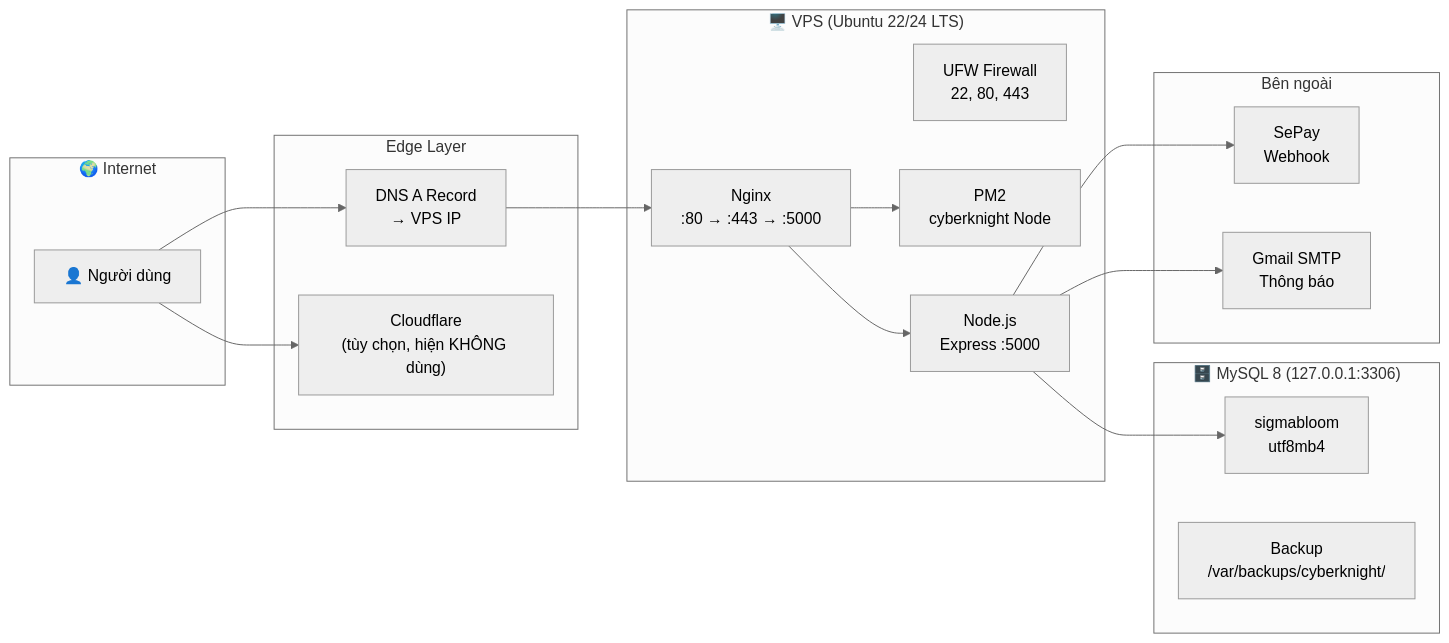
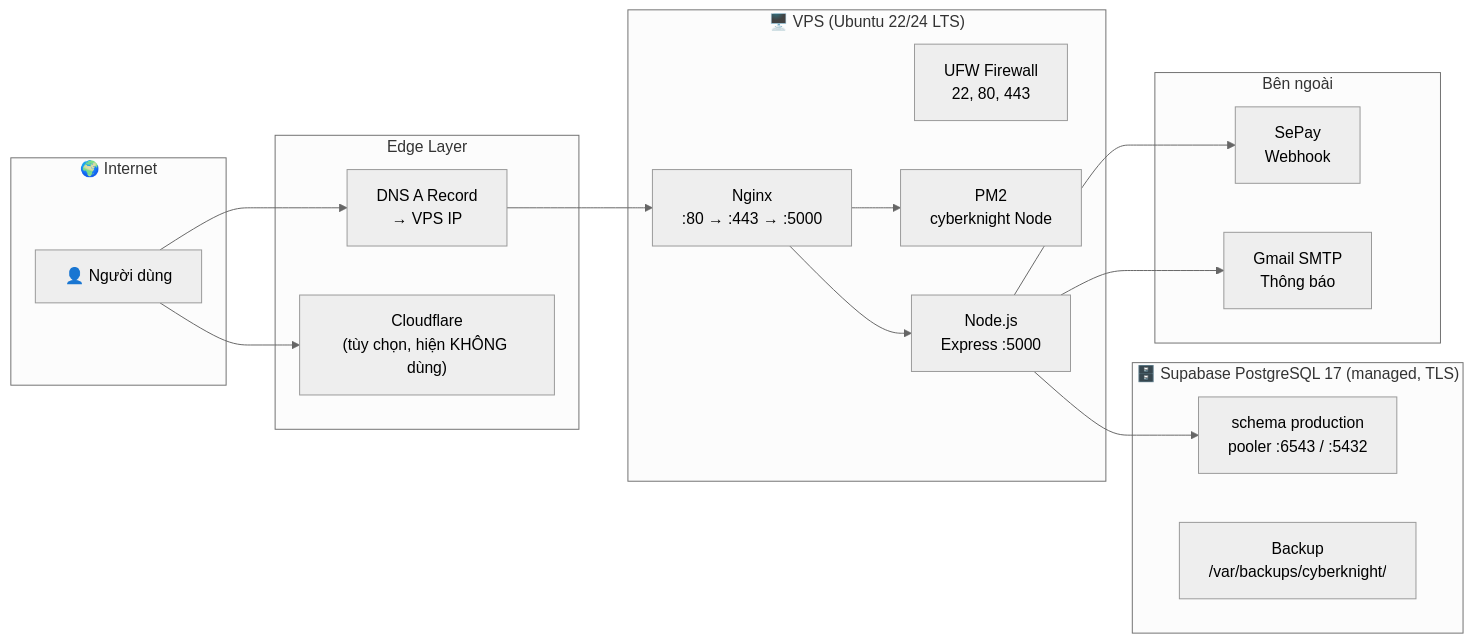
One commit to ril140204/CyberKnight changed the diagram in deploy/MONITORING.md. Above: the diagram before and after it, drawn with Mermaid (neutral theme). The commit also changed other lines of this file and 1544 other files, not shown here.

First line of the commit message:
Migrate backend to Supabase PostgreSQL, optimize level videos (HLS ABR + controlled preload), Heroku deploy

````diff
--- a/deploy/MONITORING.md
+++ b/deploy/MONITORING.md
@@ -15,34 +15,34 @@
 ```mermaid
 flowchart LR
     subgraph Internet["🌍 Internet"]
         User["👤 Người dùng"]
     end
 
     subgraph Edge["Edge Layer"]
         DNS["DNS A Record\n<TTEN_MIEN> → VPS IP"]
         CF["Cloudflare\n(tùy chọn, hiện KHÔNG dùng)"]
     end
 
     subgraph VPS["🖥️ VPS (Ubuntu 22/24 LTS)"]
         Nginx["Nginx\n:80 → :443 → :5000"]
         FW["UFW Firewall\n22, 80, 443"]
         PM2["PM2\ncyberknight Node"]
         Node["Node.js\nExpress :5000"]
     end
 
-    subgraph Database["🗄️ MySQL 8 (127.0.0.1:3306)"]
-        DB["sigmabloom\nutf8mb4"]
+    subgraph Database["🗄️ Supabase PostgreSQL 17 (managed, TLS)"]
+        DB["schema production\npooler :6543 / :5432"]
         BAK["Backup\n/var/backups/cyberknight/"]
     end
 
     subgraph External["Bên ngoài"]
         SePay["SePay\nWebhook"]
         Gmail["Gmail SMTP\nThông báo"]
     end
 
     User --> DNS --> Nginx --> Node --> DB
     Nginx --> PM2
     Node --> SePay
     Node --> Gmail
     User --> CF
 ```
````
